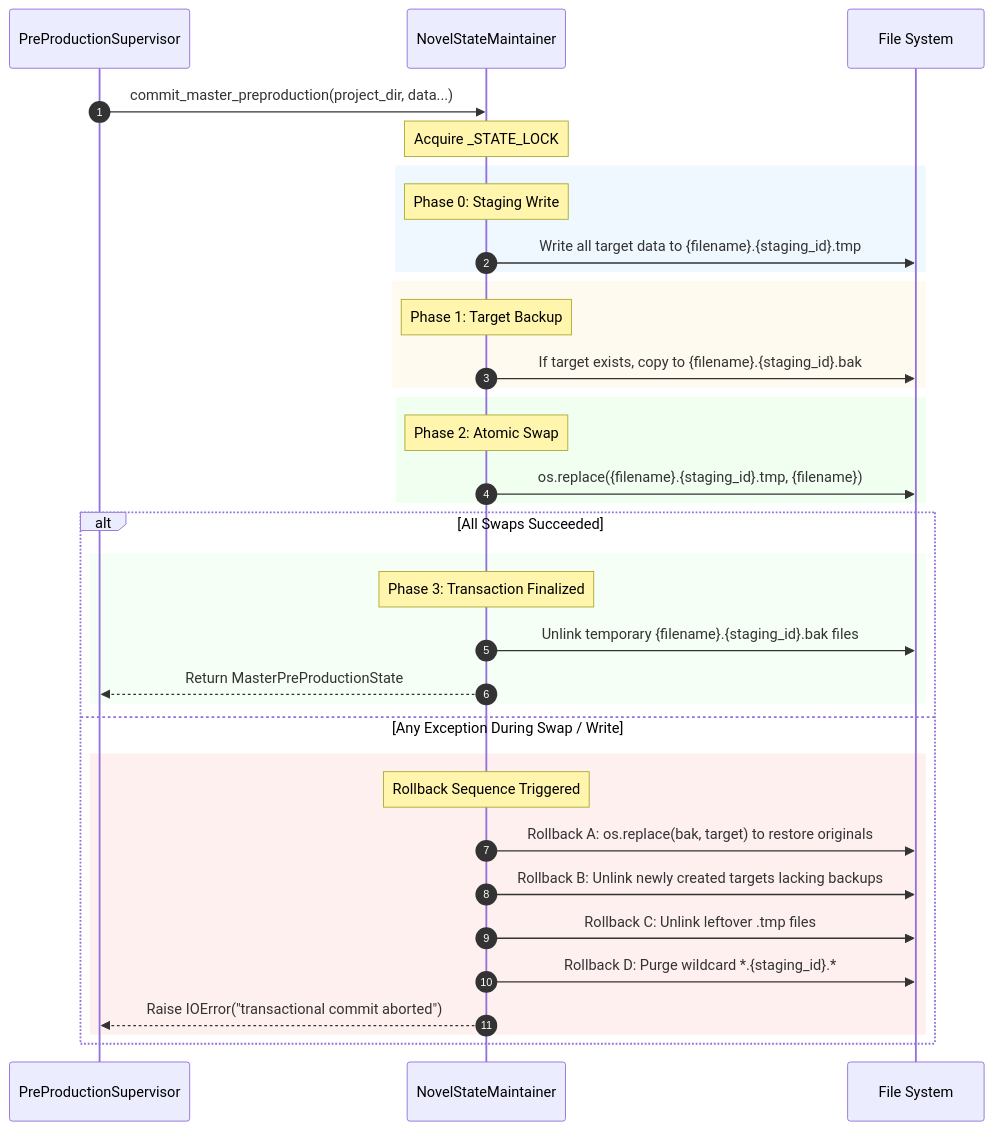
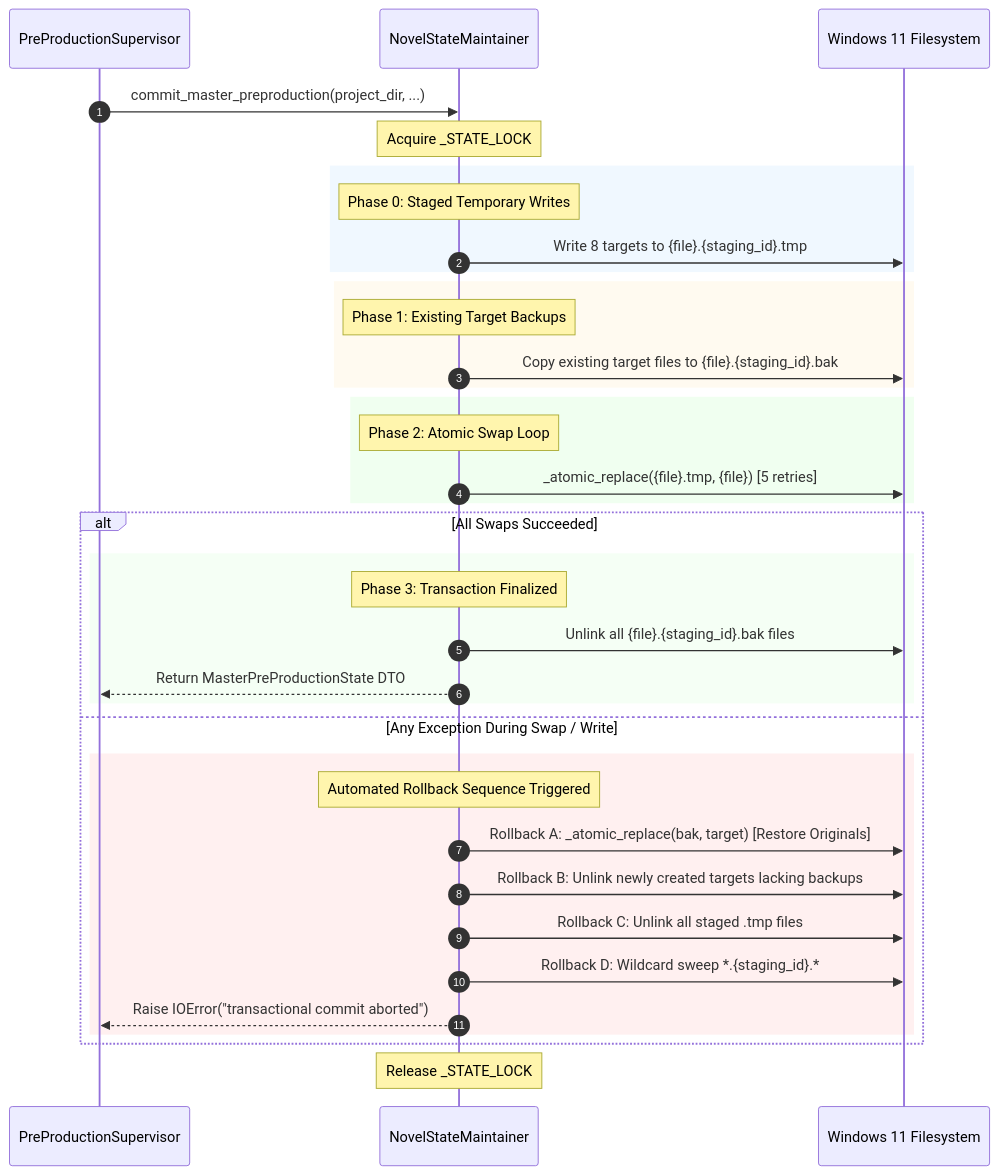
Before and after one commit to naksh-07/audiobook-studio: the second of 2 diagrams in docs/NOVEL_RESEARCHER_ARCHITECTURE.md, drawn with Mermaid. The commit also changed other lines of this file and 7 other files, not shown here.

Commit message:
docs(phase2): update novel researcher documentation; refactor(translation): eliminate unmetered HTTP fallbacks and enforce fail-closed gateway policy

````diff
--- a/docs/NOVEL_RESEARCHER_ARCHITECTURE.md
+++ b/docs/NOVEL_RESEARCHER_ARCHITECTURE.md
@@ -208,42 +414,43 @@
 ```mermaid
 sequenceDiagram
     autonumber
-    participant Caller as PreProductionSupervisor
-    participant NSM as NovelStateMaintainer
-    participant FS as File System
+    participant Supervisor as PreProductionSupervisor
+    participant Maintainer as NovelStateMaintainer
+    participant OS as Windows 11 Filesystem
     
-    Caller->>NSM: commit_master_preproduction(project_dir, data...)
-    Note over NSM: Acquire _STATE_LOCK
+    Supervisor->>Maintainer: commit_master_preproduction(project_dir, ...)
+    Note over Maintainer: Acquire _STATE_LOCK
     
     rect rgb(240, 248, 255)
-        Note over NSM: Phase 0: Staging Write
-        NSM->>FS: Write all target data to {filename}.{staging_id}.tmp
+        Note over Maintainer: Phase 0: Staged Temporary Writes
+        Maintainer->>OS: Write 8 targets to {file}.{staging_id}.tmp
     end
     
     rect rgb(255, 250, 240)
-        Note over NSM: Phase 1: Target Backup
-        NSM->>FS: If target exists, copy to {filename}.{staging_id}.bak
+        Note over Maintainer: Phase 1: Existing Target Backups
+        Maintainer->>OS: Copy existing target files to {file}.{staging_id}.bak
     end
     
     rect rgb(240, 255, 240)
-        Note over NSM: Phase 2: Atomic Swap
-        NSM->>FS: os.replace({filename}.{staging_id}.tmp, {filename})
+        Note over Maintainer: Phase 2: Atomic Swap Loop
+        Maintainer->>OS: _atomic_replace({file}.tmp, {file}) [5 retries]
     end
     
     alt All Swaps Succeeded
         rect rgb(245, 255, 245)
-            Note over NSM: Phase 3: Transaction Finalized
-            NSM->>FS: Unlink temporary {filename}.{staging_id}.bak files
-            NSM-->>Caller: Return MasterPreProductionState
+            Note over Maintainer: Phase 3: Transaction Finalized
+            Maintainer->>OS: Unlink all {file}.{staging_id}.bak files
+            Maintainer-->>Supervisor: Return MasterPreProductionState DTO
         end
     else Any Exception During Swap / Write
         rect rgb(255, 240, 240)
-            Note over NSM: Rollback Sequence Triggered
-            NSM->>FS: Rollback A: os.replace(bak, target) to restore originals
-            NSM->>FS: Rollback B: Unlink newly created targets lacking backups
-            NSM->>FS: Rollback C: Unlink leftover .tmp files
-            NSM->>FS: Rollback D: Purge wildcard *.{staging_id}.*
-            NSM-->>Caller: Raise IOError("transactional commit aborted")
+            Note over Maintainer: Automated Rollback Sequence Triggered
+            Maintainer->>OS: Rollback A: _atomic_replace(bak, target) [Restore Originals]
+            Maintainer->>OS: Rollback B: Unlink newly created targets lacking backups
+            Maintainer->>OS: Rollback C: Unlink all staged .tmp files
+            Maintainer->>OS: Rollback D: Wildcard sweep *.{staging_id}.*
+            Maintainer-->>Supervisor: Raise IOError("transactional commit aborted")
         end
     end
+    Note over Maintainer: Release _STATE_LOCK
 ```
````
